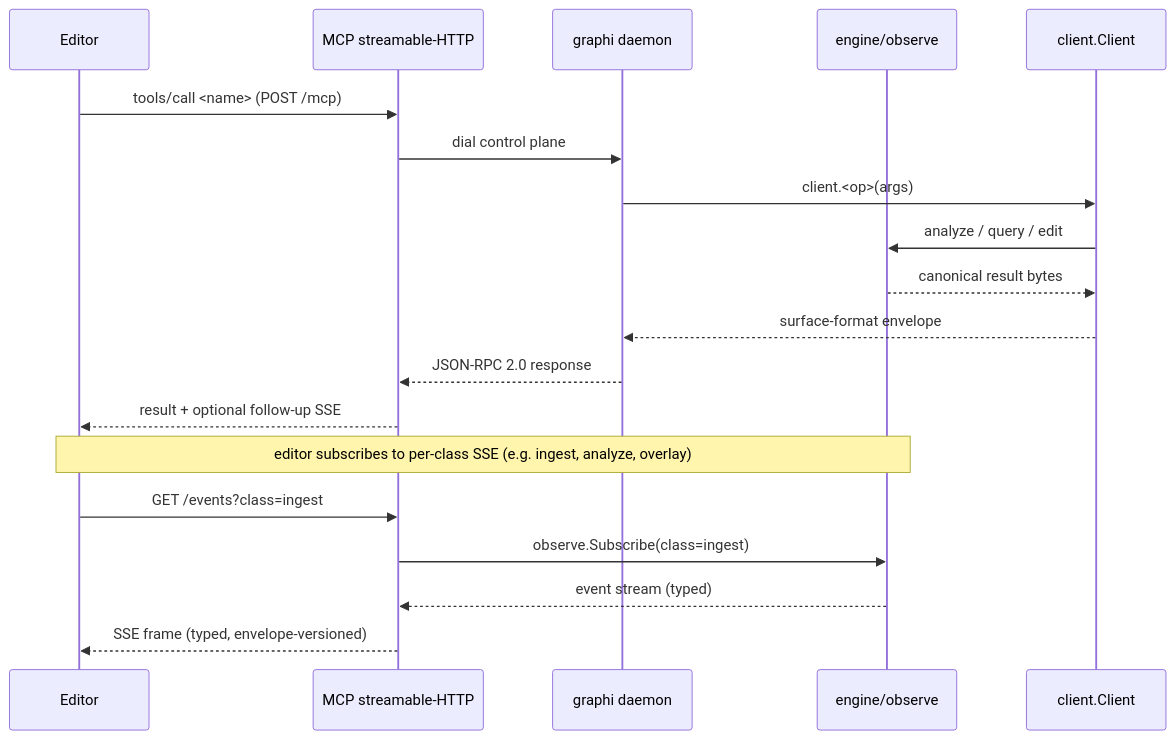
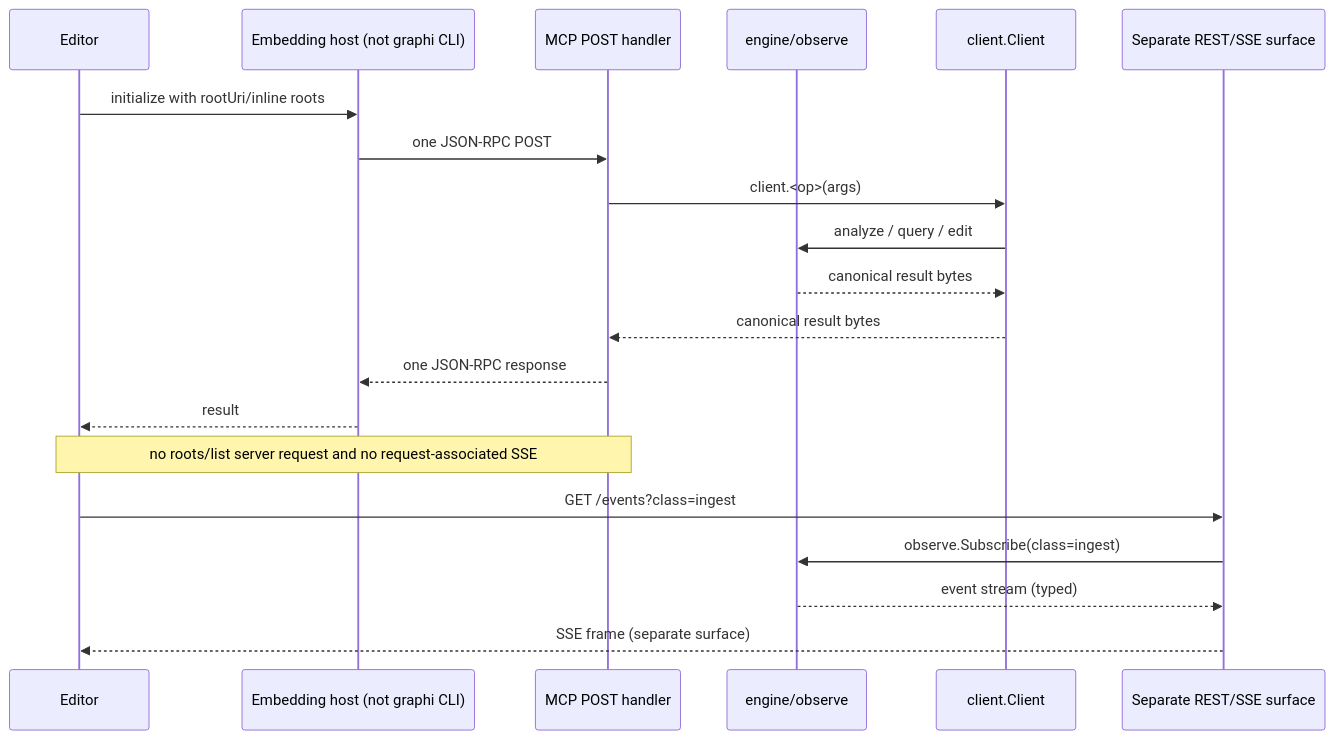
Before and after one commit to samibel/graphi: the fifth of 8 diagrams in docs/FEATURES.md, drawn with Mermaid. The commit also changed other lines of this file and 198 other files, not shown here.

Commit message:
Harden Graphi core, surfaces, and release path

````diff
--- a/docs/FEATURES.md
+++ b/docs/FEATURES.md
@@ -327,21 +337,22 @@
 ```mermaid
 sequenceDiagram
   participant ED as Editor
-  participant MC as MCP streamable-HTTP
-  participant DA as graphi daemon
+  participant HO as Embedding host (not graphi CLI)
+  participant MC as MCP POST handler
   participant EN as engine/observe
   participant CL as client.Client
-  ED->>MC: tools/call <name> (POST /mcp)
-  MC->>DA: dial control plane
-  DA->>CL: client.<op>(args)
+  participant HS as Separate REST/SSE surface
+  ED->>HO: initialize with rootUri/inline roots
+  HO->>MC: one JSON-RPC POST
+  MC->>CL: client.<op>(args)
   CL->>EN: analyze / query / edit
   EN-->>CL: canonical result bytes
-  CL-->>DA: surface-format envelope
-  DA-->>MC: JSON-RPC 2.0 response
-  MC-->>ED: result + optional follow-up SSE
-  Note over ED,EN: editor subscribes to per-class SSE (e.g. ingest, analyze, overlay)
-  ED->>MC: GET /events?class=ingest
-  MC->>EN: observe.Subscribe(class=ingest)
-  EN-->>MC: event stream (typed)
-  MC-->>ED: SSE frame (typed, envelope-versioned)
+  CL-->>MC: canonical result bytes
+  MC-->>HO: one JSON-RPC response
+  HO-->>ED: result
+  Note over ED,MC: no roots/list server request and no request-associated SSE
+  ED->>HS: GET /events?class=ingest
+  HS->>EN: observe.Subscribe(class=ingest)
+  EN-->>HS: event stream (typed)
+  HS-->>ED: SSE frame (separate surface)
 ```
````
